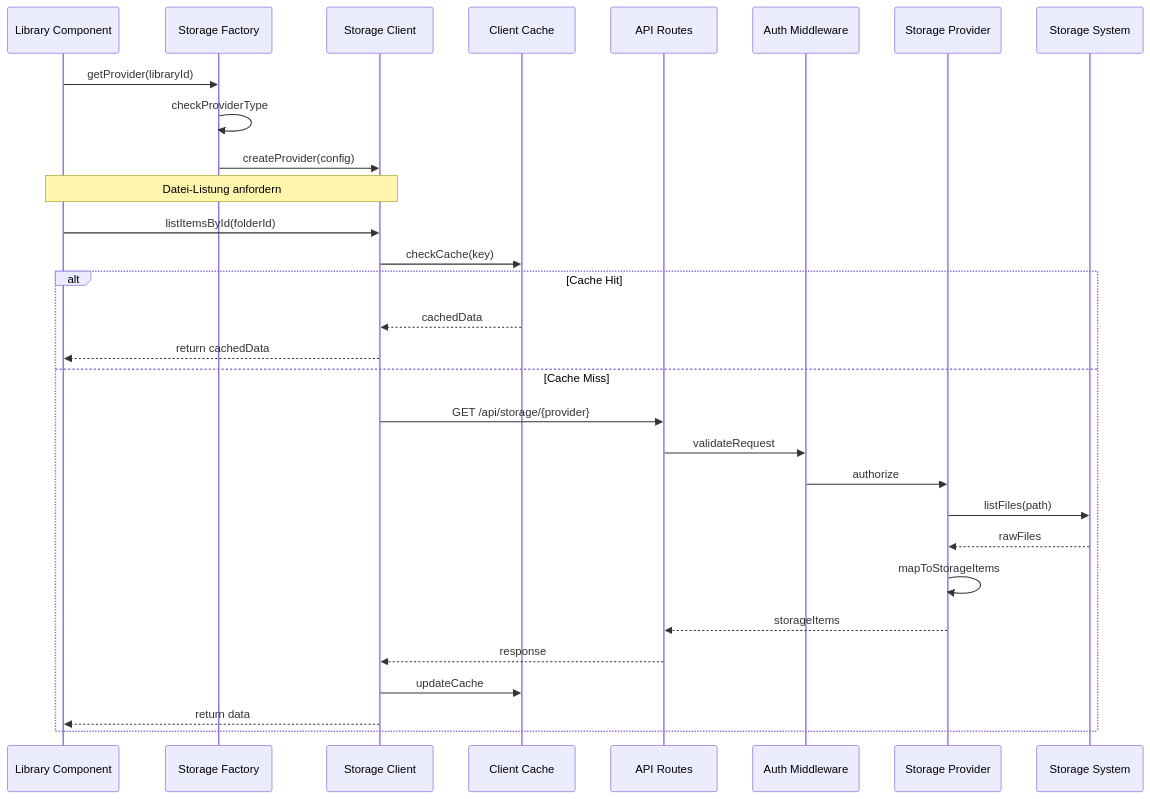
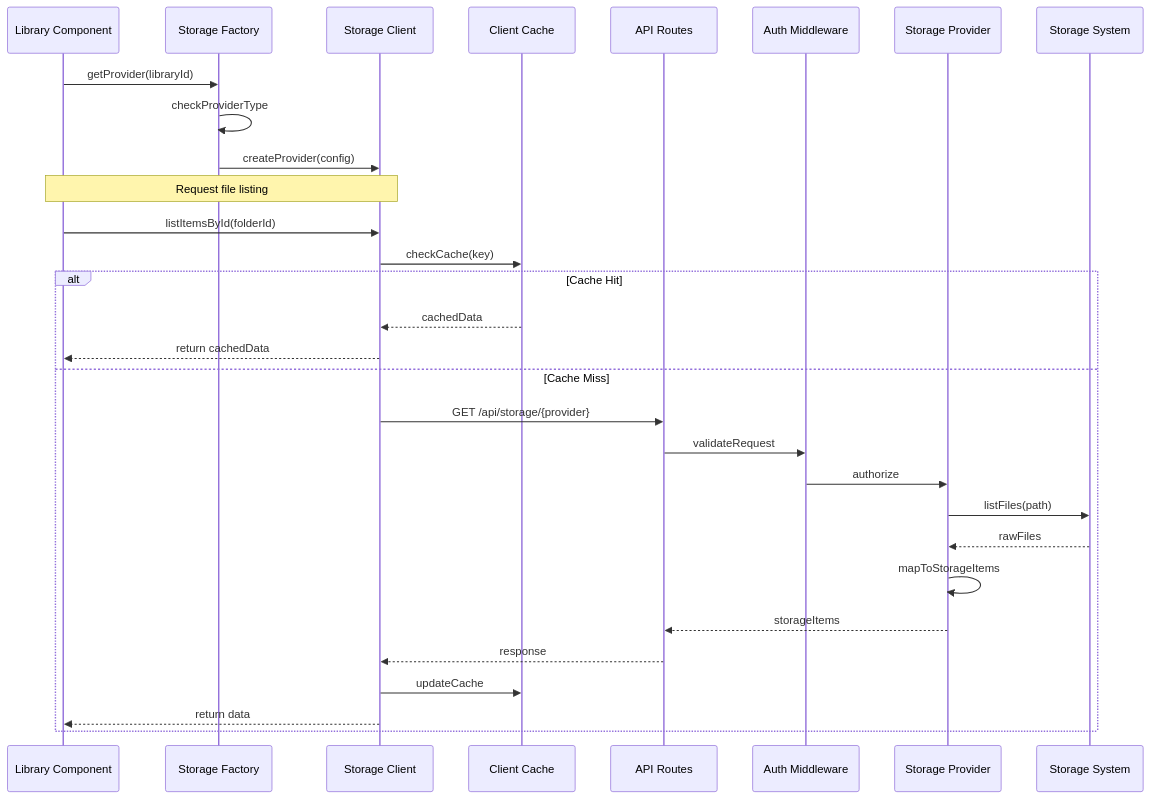
Before and after one commit to bCommonsLAB/CommonKnowledgeScout: the second of 2 diagrams in docs/concepts/storage-provider.md, drawn with Mermaid. The commit also changed other lines of this file and 245 other files, not shown here.

````diff
--- a/docs/concepts/storage-provider.md
+++ b/docs/concepts/storage-provider.md
@@ -58,35 +61,35 @@
 ```mermaid
 sequenceDiagram
     participant UI as Library Component
     participant Factory as Storage Factory
     participant Client as Storage Client
     participant Cache as Client Cache
     participant API as API Routes
     participant Auth as Auth Middleware
     participant Provider as Storage Provider
     participant Storage as Storage System
 
     UI->>Factory: getProvider(libraryId)
     Factory->>Factory: checkProviderType
     Factory->>Client: createProvider(config)
     
-    Note over UI,Client: Datei-Listung anfordern
+    Note over UI,Client: Request file listing
     UI->>Client: listItemsById(folderId)
     Client->>Cache: checkCache(key)
     
     alt Cache Hit
         Cache-->>Client: cachedData
         Client-->>UI: return cachedData
     else Cache Miss
         Client->>API: GET /api/storage/{provider}
         API->>Auth: validateRequest
         Auth->>Provider: authorize
         Provider->>Storage: listFiles(path)
         Storage-->>Provider: rawFiles
         Provider->>Provider: mapToStorageItems
         Provider-->>API: storageItems
         API-->>Client: response
         Client->>Cache: updateCache
         Client-->>UI: return data
     end
 ```
````
